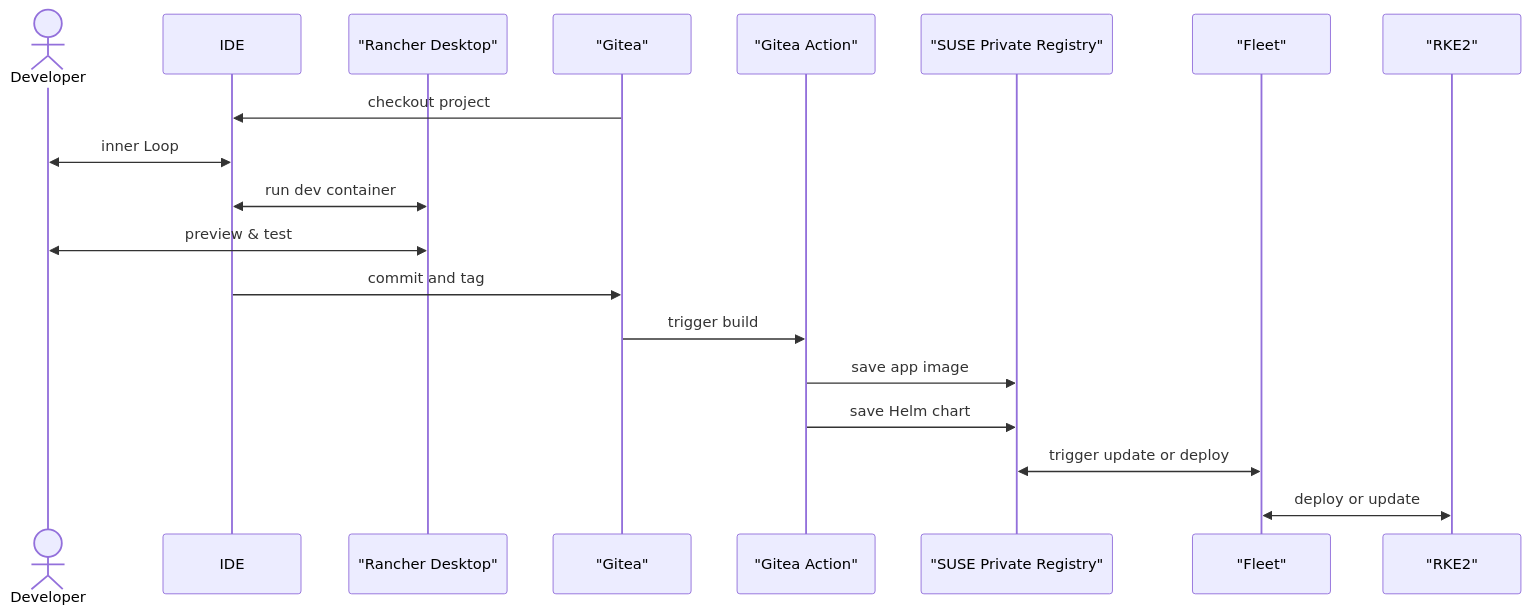
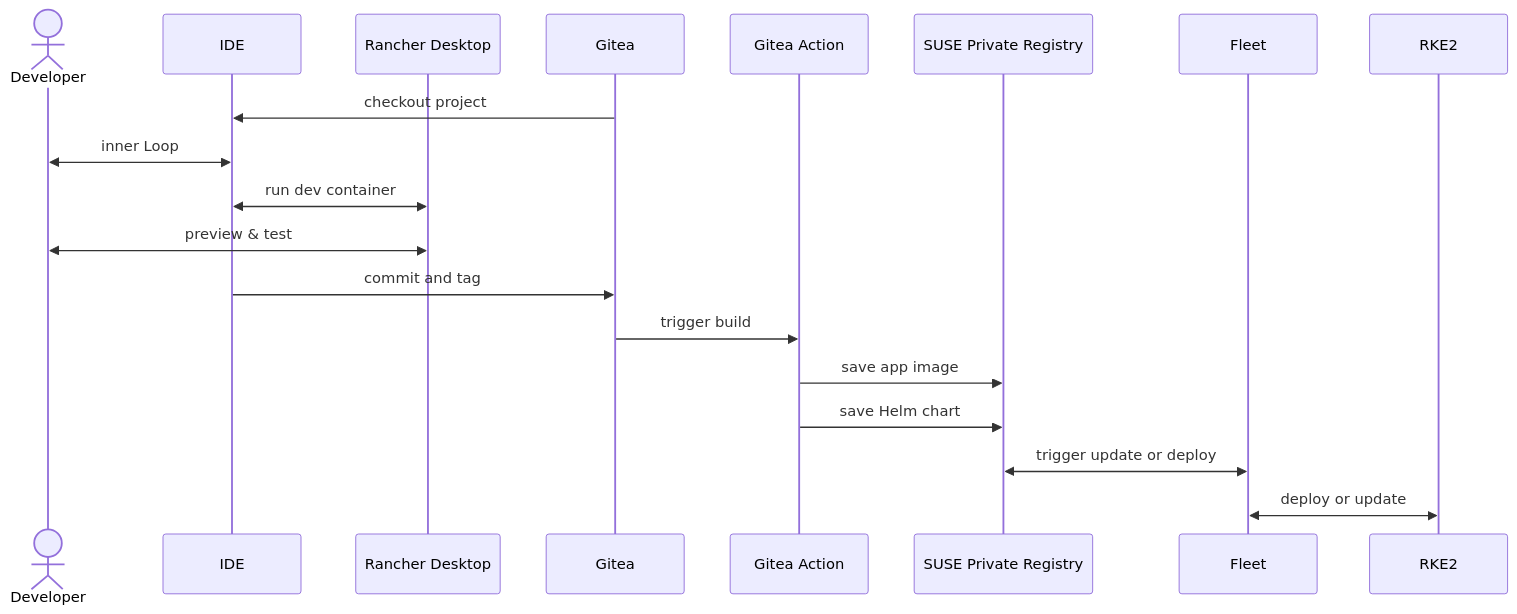
The fourth of 4 diagrams in README.md (rancher/devx-designs), drawn with Mermaid before and after one commit. The commit also changed other lines of this file, not shown here.

Commit message:
Add descriptions for segments of the flow.

````diff
--- a/README.md
+++ b/README.md
@@ -86,24 +133,24 @@
 ```mermaid
 sequenceDiagram
     actor dev as Developer
     participant ide as IDE
-    participant rd as "Rancher Desktop"
-    participant git as "Gitea"
-    participant act as "Gitea Action" 
-    participant reg as "SUSE Private Registry"
-    %% participant appco as "SUSE Application Collection"
-    %% participant sr as "SUSE Registry"
-    participant fleet as "Fleet"
-    participant rke as "RKE2"
+    participant rd as Rancher Desktop
+    participant git as Gitea
+    participant act as Gitea Action 
+    participant reg as SUSE Private Registry
+    %% participant appco as SUSE Application Collection
+    %% participant sr as SUSE Registry
+    participant fleet as Fleet
+    participant rke as RKE2
     git->>ide: checkout project
     dev<<->>ide: inner Loop
     ide<<->>rd: run dev container
     dev<<->>rd: preview & test
     ide->>git: commit and tag
     git->>act: trigger build
     act->>reg: save app image 
     act->>reg: save Helm chart 
     reg<<->>fleet: trigger update or deploy
     fleet<<->>rke: deploy or update 
 
 ```
````
